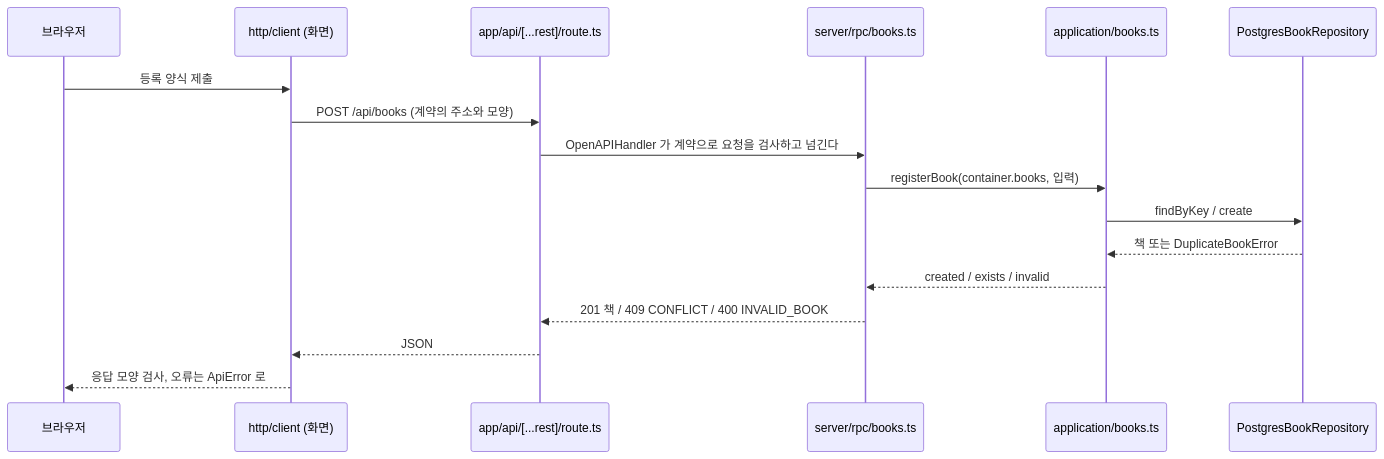
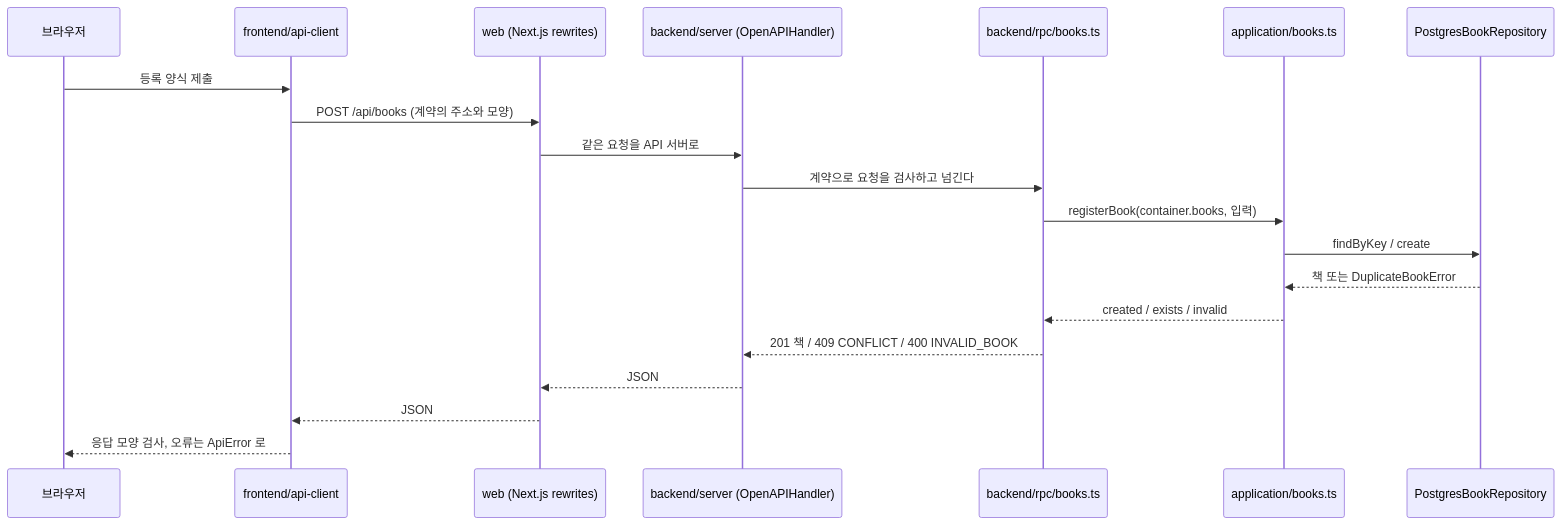
The third of 5 diagrams in docs/architecture.md (Changsik00/inkle), drawn with Mermaid before and after one commit. The commit also changed other lines of this file and 8 other files, not shown here.

````diff
--- a/docs/architecture.md
+++ b/docs/architecture.md
@@ -90,19 +174,22 @@
 ```mermaid
 sequenceDiagram
     participant B as 브라우저
-    participant K as http/client (화면)
-    participant R as app/api/[...rest]/route.ts
-    participant S as server/rpc/books.ts
+    participant K as frontend/api-client
+    participant N as web (Next.js rewrites)
+    participant R as backend/server (OpenAPIHandler)
+    participant S as backend/rpc/books.ts
     participant U as application/books.ts
     participant P as PostgresBookRepository
     B->>K: 등록 양식 제출
-    K->>R: POST /api/books (계약의 주소와 모양)
-    R->>S: OpenAPIHandler 가 계약으로 요청을 검사하고 넘긴다
+    K->>N: POST /api/books (계약의 주소와 모양)
+    N->>R: 같은 요청을 API 서버로
+    R->>S: 계약으로 요청을 검사하고 넘긴다
     S->>U: registerBook(container.books, 입력)
     U->>P: findByKey / create
     P-->>U: 책 또는 DuplicateBookError
     U-->>S: created / exists / invalid
     S-->>R: 201 책 / 409 CONFLICT / 400 INVALID_BOOK
-    R-->>K: JSON
+    R-->>N: JSON
+    N-->>K: JSON
     K-->>B: 응답 모양 검사, 오류는 ApiError 로
 ```
````
